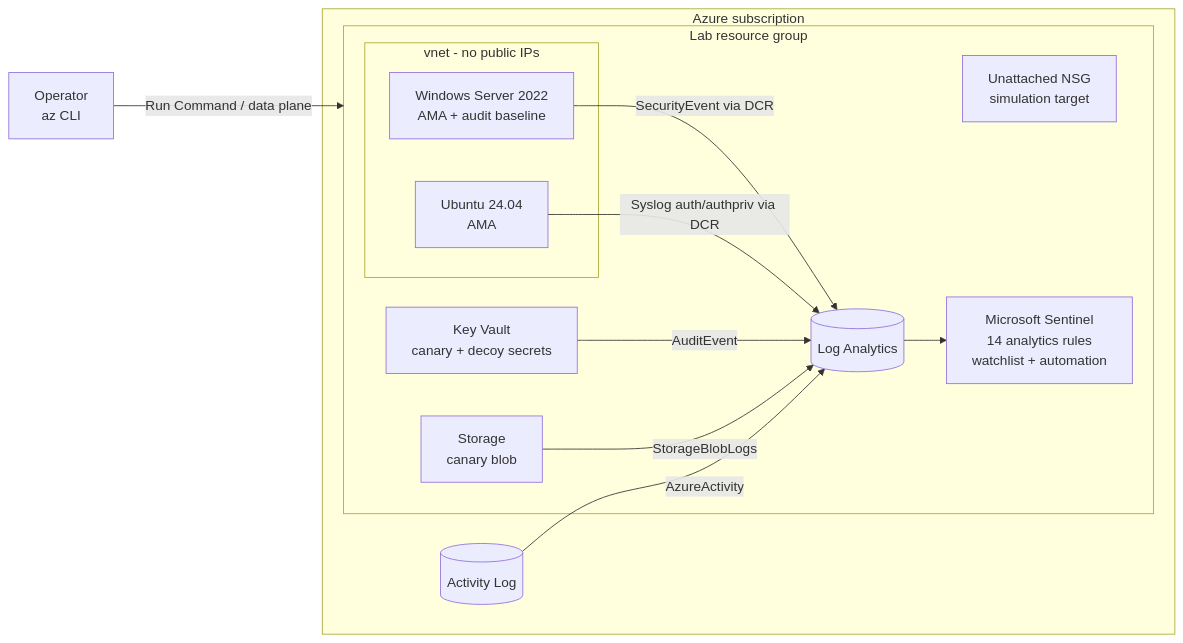
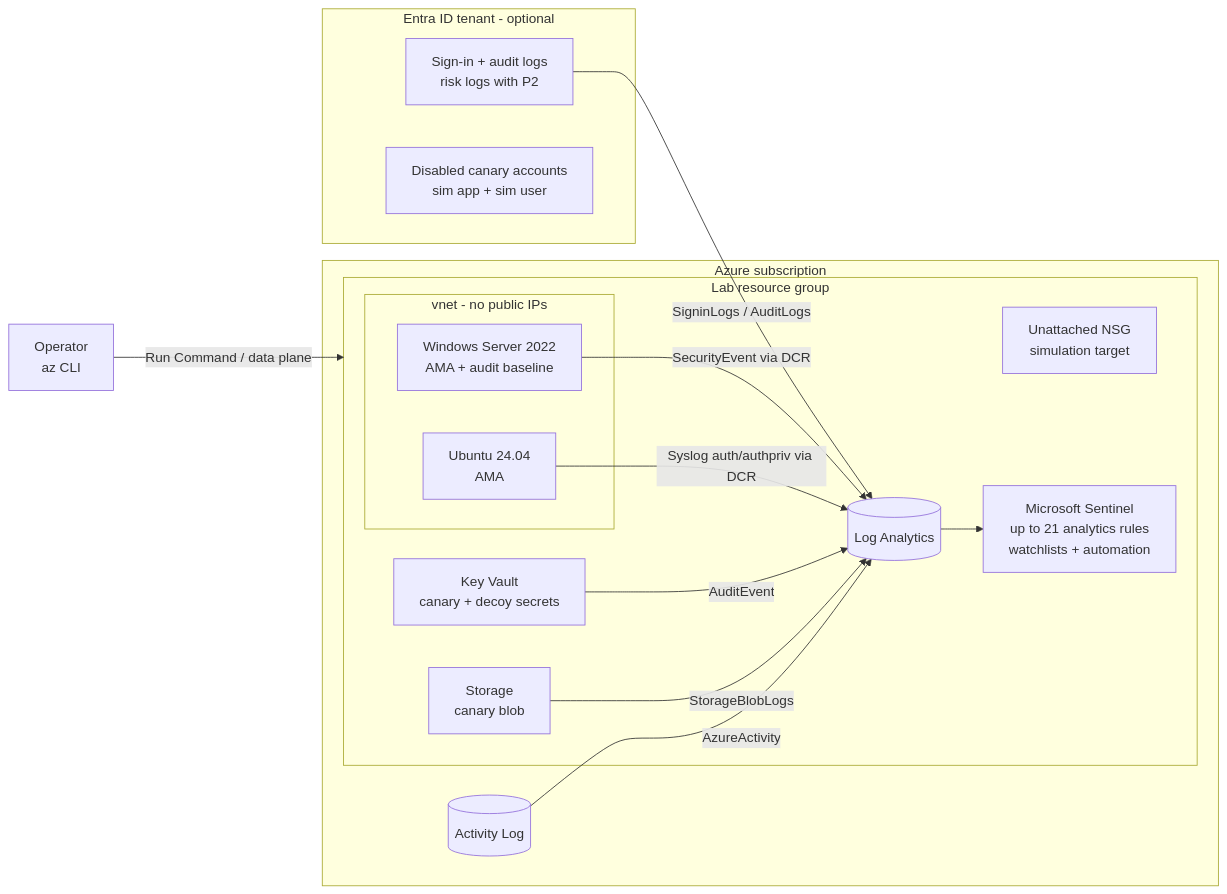
Before and after one commit to H3llKa1ser/Azure-Detection-Engineering-Lab: the diagram in README.md, drawn with Mermaid. The commit also changed other lines of this file, not shown here.

First line of the commit message:
Revise README with updated detections and Entra ID info

````diff
--- a/README.md
+++ b/README.md
@@ -28,24 +29,29 @@
 ```mermaid
 flowchart LR
     subgraph SUB[Azure subscription]
         AL[(Activity Log)]
         subgraph RG[Lab resource group]
             subgraph VNET[vnet - no public IPs]
                 WIN[Windows Server 2022<br/>AMA + audit baseline]
                 LNX[Ubuntu 24.04<br/>AMA]
             end
             KV[Key Vault<br/>canary + decoy secrets]
             ST[Storage<br/>canary blob]
             NSGSIM[Unattached NSG<br/>simulation target]
             LAW[(Log Analytics)]
-            SEN[Microsoft Sentinel<br/>14 analytics rules<br/>watchlist + automation]
+            SEN[Microsoft Sentinel<br/>up to 21 analytics rules<br/>watchlists + automation]
         end
     end
+    subgraph ENTRA[Entra ID tenant - optional]
+        SIGN[Sign-in + audit logs<br/>risk logs with P2]
+        CAN[Disabled canary accounts<br/>sim app + sim user]
+    end
+    SIGN -- SigninLogs / AuditLogs --> LAW
     WIN -- SecurityEvent via DCR --> LAW
     LNX -- Syslog auth/authpriv via DCR --> LAW
     KV -- AuditEvent --> LAW
     ST -- StorageBlobLogs --> LAW
     AL -- AzureActivity --> LAW
     LAW --> SEN
     OP[Operator<br/>az CLI] -- Run Command / data plane --> RG
 ```
````
